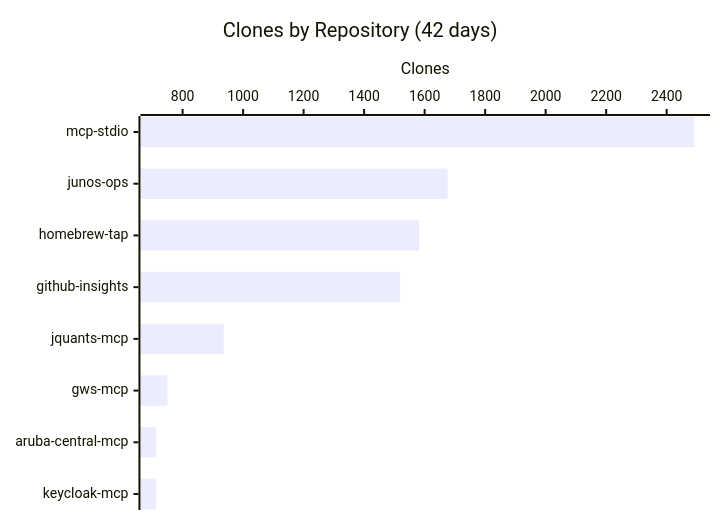
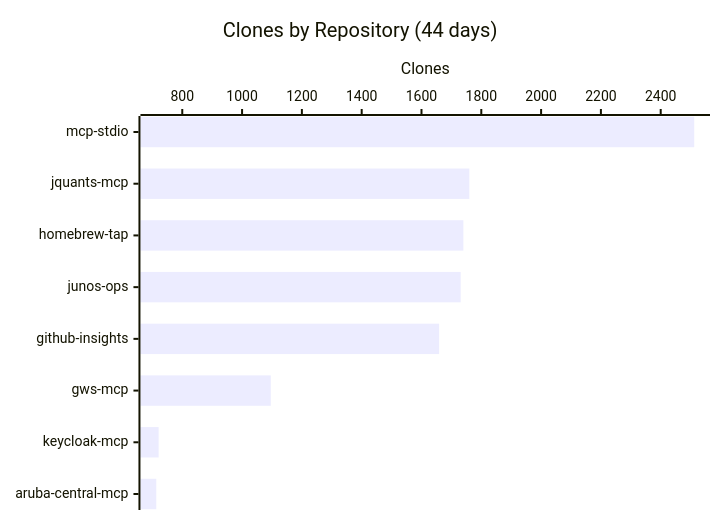
Before and after one commit to shigechika/github-insights: the third of 3 diagrams in README.md, drawn with Mermaid. The commit also changed other lines of this file and 2 other files, not shown here.

````diff
--- a/README.md
+++ b/README.md
@@ -36,7 +36,7 @@
 ```mermaid
 xychart-beta horizontal
-    title "Clones by Repository (42 days)"
-    x-axis ["mcp-stdio", "junos-ops", "homebrew-tap", "github-insights", "jquants-mcp", "gws-mcp", "aruba-central-mcp", "keycloak-mcp"]
+    title "Clones by Repository (44 days)"
+    x-axis ["mcp-stdio", "jquants-mcp", "homebrew-tap", "junos-ops", "github-insights", "gws-mcp", "keycloak-mcp", "aruba-central-mcp"]
     y-axis "Clones"
-    bar [2491, 1676, 1582, 1519, 936, 750, 713, 713]
+    bar [2512, 1760, 1740, 1731, 1659, 1096, 721, 713]
 ```
````
